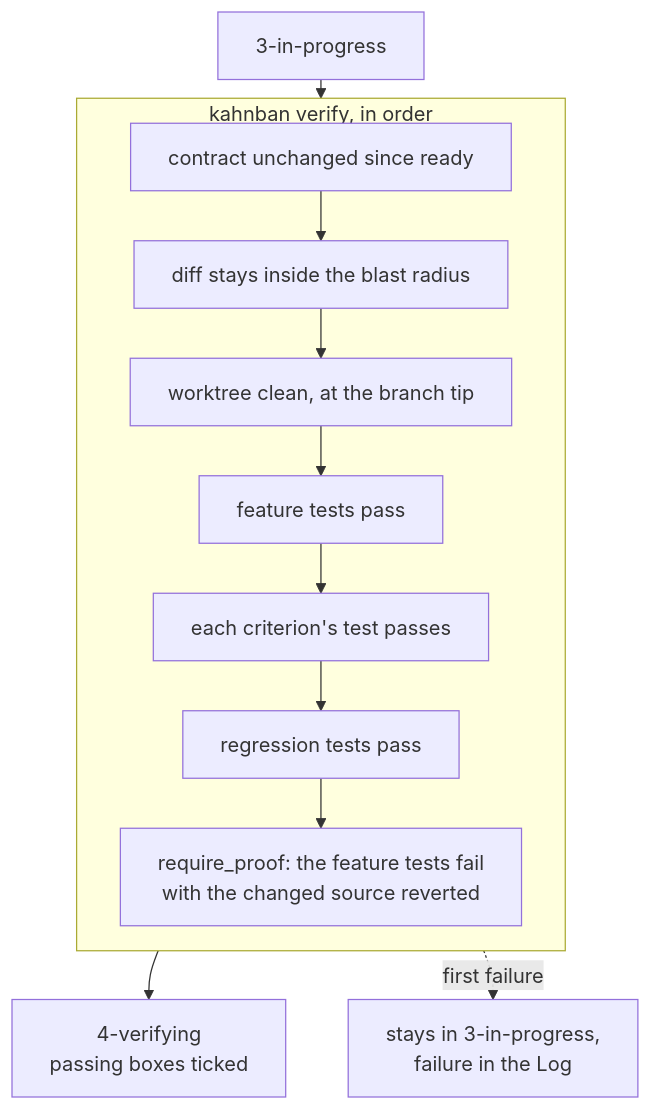
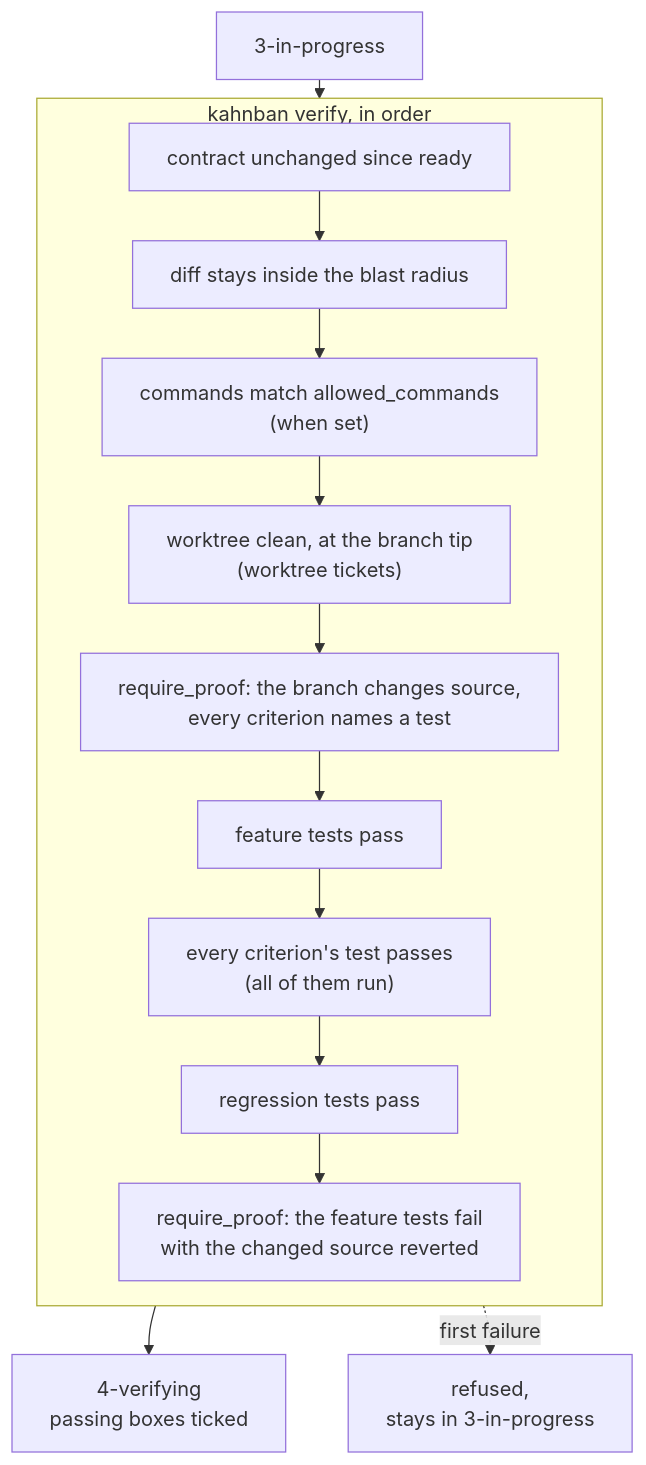
One commit to HeWhoRoams/Kahnban changed the third of 9 diagrams in docs/how-it-works.md. Above: the diagram before and after it, drawn with Mermaid. The commit also changed other lines of this file and 1 other file, not shown here.

First line of the commit message:
docs: make the gate diagrams match the engine

````diff
--- a/docs/how-it-works.md
+++ b/docs/how-it-works.md
@@ -82,24 +85,26 @@
 ```mermaid
 ---
 config:
   flowchart:
     useMaxWidth: false
     rankSpacing: 15
     wrappingWidth: 400
 ---
 flowchart TD
   from["3-in-progress"] --> gate
   subgraph gate["kahnban verify, in order"]
     direction TB
     v1["contract unchanged since ready"]
     v2["diff stays inside the blast radius"]
-    v3["worktree clean, at the branch tip"]
-    v4["feature tests pass"]
-    v5["each criterion's test passes"]
-    v6["regression tests pass"]
-    v7["require_proof: the feature tests fail<br/>with the changed source reverted"]
-    v1 --> v2 --> v3 --> v4 --> v5 --> v6 --> v7
+    v3["commands match allowed_commands<br/>(when set)"]
+    v4["worktree clean, at the branch tip<br/>(worktree tickets)"]
+    v5["require_proof: the branch changes source,<br/>every criterion names a test"]
+    v6["feature tests pass"]
+    v7["every criterion's test passes<br/>(all of them run)"]
+    v8["regression tests pass"]
+    v9["require_proof: the feature tests fail<br/>with the changed source reverted"]
+    v1 --> v2 --> v3 --> v4 --> v5 --> v6 --> v7 --> v8 --> v9
   end
   gate --> to["4-verifying<br/>passing boxes ticked"]
-  gate -.->|first failure| stay["stays in 3-in-progress,<br/>failure in the Log"]
+  gate -.->|first failure| stay["refused,<br/>stays in 3-in-progress"]
 ```
````
